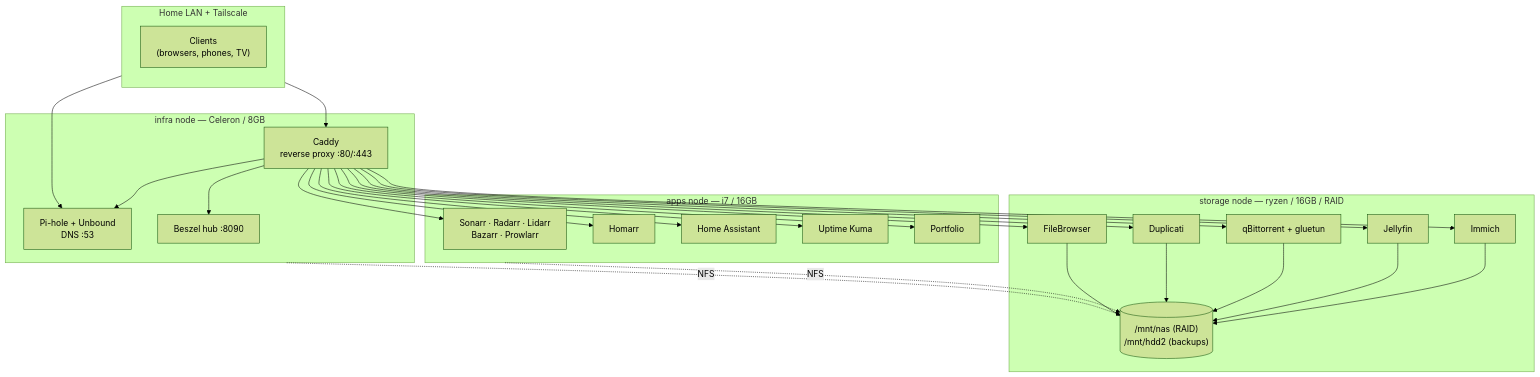
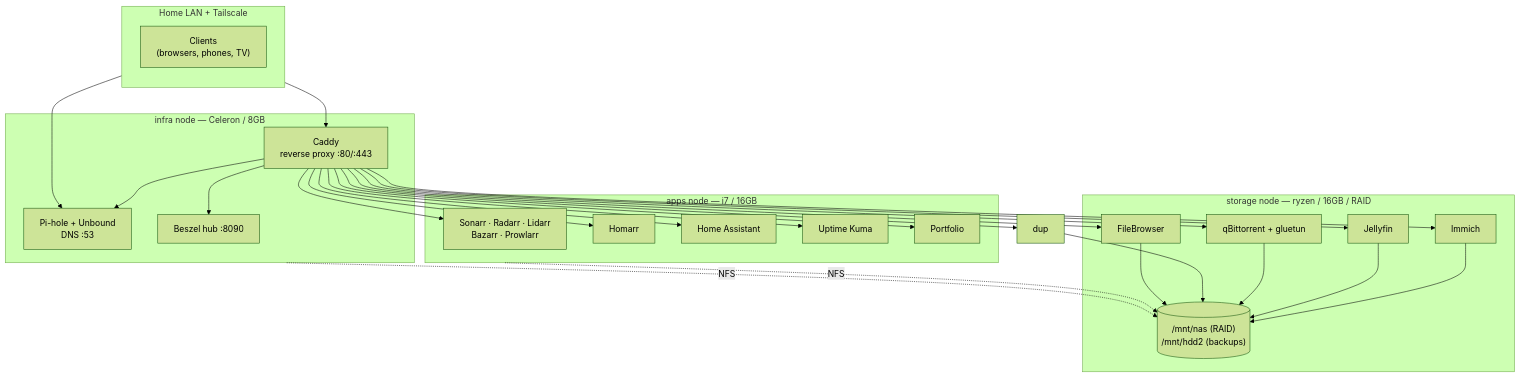
Before and after one commit to Abhijith126/homeServer: the first of 2 diagrams in docs/architecture.md, drawn with Mermaid (forest theme). The commit also changed other lines of this file and 27 other files, not shown here.

````diff
--- a/docs/architecture.md
+++ b/docs/architecture.md
@@ -7,39 +7,38 @@
 ```mermaid
 flowchart TB
     subgraph net[Home LAN + Tailscale]
         direction TB
         clients["Clients<br/>(browsers, phones, TV)"]
     end
 
     subgraph infra["infra node — Celeron / 8GB"]
         caddy["Caddy<br/>reverse proxy :80/:443"]
         pihole["Pi-hole + Unbound<br/>DNS :53"]
         beszel["Beszel hub :8090"]
     end
 
     subgraph apps["apps node — i7 / 16GB"]
         arr["Sonarr · Radarr · Lidarr<br/>Bazarr · Prowlarr"]
         homarr["Homarr"]
         hass["Home Assistant"]
         kuma["Uptime Kuma"]
         portfolio["Portfolio"]
     end
 
     subgraph storage["storage node — ryzen / 16GB / RAID"]
         immich["Immich"]
         jelly["Jellyfin"]
         qbit["qBittorrent + gluetun"]
-        dup["Duplicati"]
         fb["FileBrowser"]
         nas[("/mnt/nas  (RAID)<br/>/mnt/hdd2 (backups)")]
     end
 
     clients --> pihole
     clients --> caddy
     caddy --> arr & homarr & hass & kuma & portfolio
     caddy --> immich & jelly & qbit & dup & fb
     caddy --> pihole & beszel
     apps -. NFS .-> nas
     infra -. NFS .-> nas
     immich & jelly & qbit & dup & fb --> nas
 ```
````
